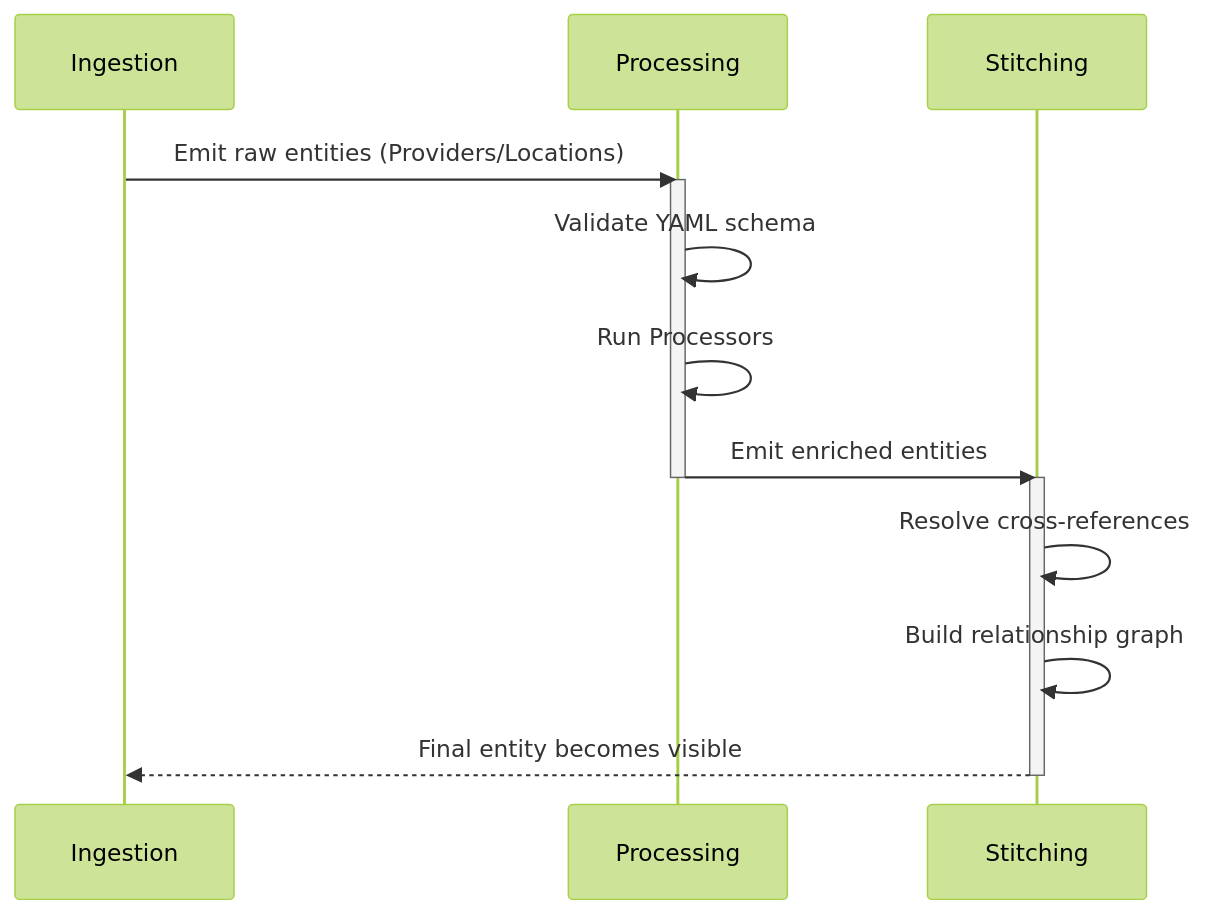
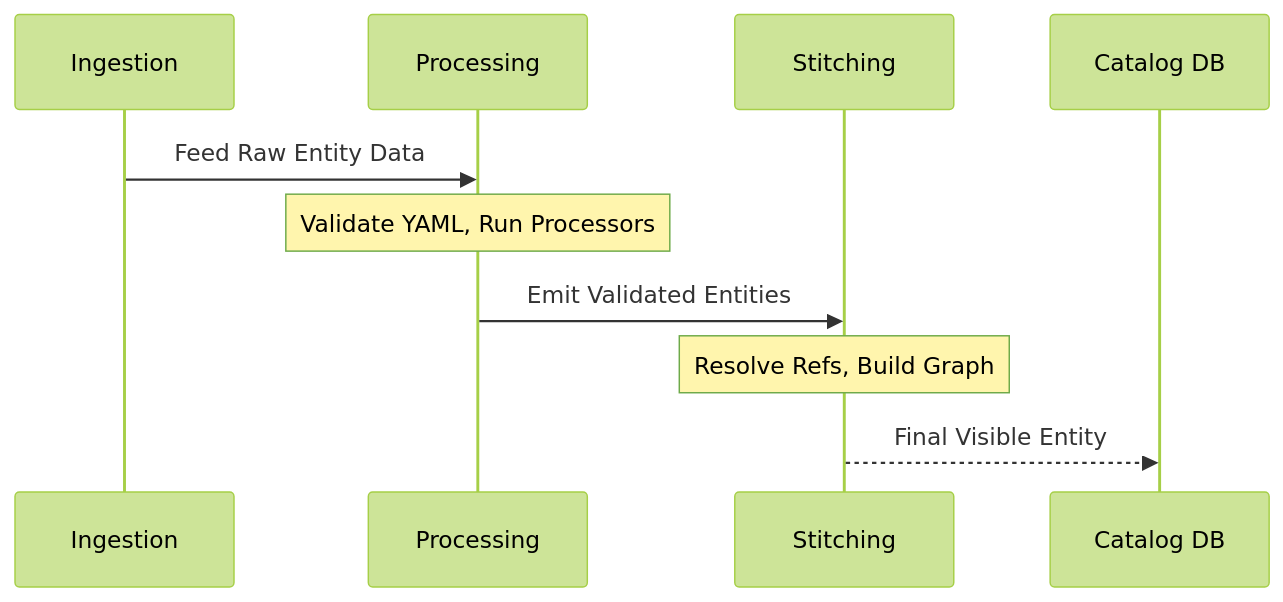
The third of 4 diagrams in src/content/docs/k8s/cba/module-1.3-backstage-catalog-infrastructure.md (kube-dojo/kube-dojo), drawn with Mermaid (forest theme) before and after one commit. The commit also changed other lines of this file, not shown here.

Commit message:
chore(content): write-only draft [k8s/cba/module-1.3-backstage-catalog-infrastructure]

````diff
--- a/src/content/docs/k8s/cba/module-1.3-backstage-catalog-infrastructure.md
+++ b/src/content/docs/k8s/cba/module-1.3-backstage-catalog-infrastructure.md
@@ -322,18 +336,11 @@
 ```mermaid
 sequenceDiagram
-    participant I as Ingestion
-    participant P as Processing
-    participant S as Stitching
-    
-    I->>P: Emit raw entities (Providers/Locations)
-    activate P
-    P->>P: Validate YAML schema
-    P->>P: Run Processors
-    P->>S: Emit enriched entities
-    deactivate P
-    activate S
-    S->>S: Resolve cross-references
-    S->>S: Build relationship graph
-    S-->>I: Final entity becomes visible
-    deactivate S
+    participant Ingestion
+    participant Processing
+    participant Stitching
+    Ingestion->>Processing: Feed Raw Entity Data
+    Note over Processing: Validate YAML, Run Processors
+    Processing->>Stitching: Emit Validated Entities
+    Note over Stitching: Resolve Refs, Build Graph
+    Stitching-->>Catalog DB: Final Visible Entity
 ```
````
